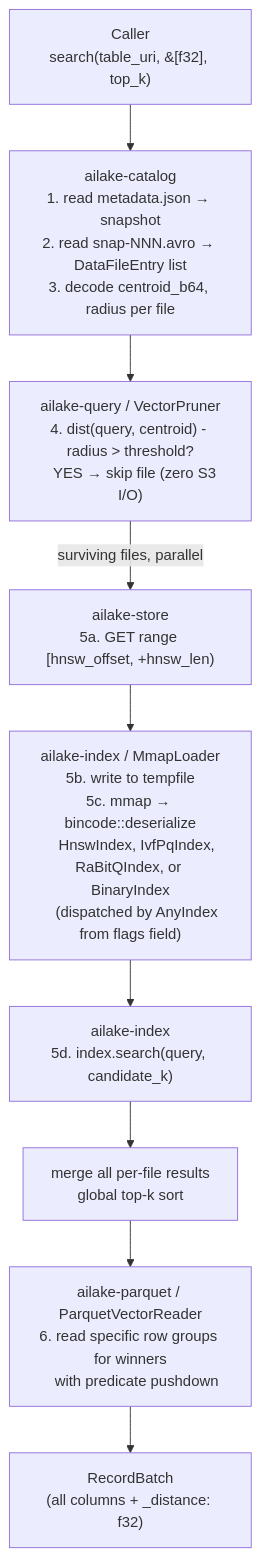
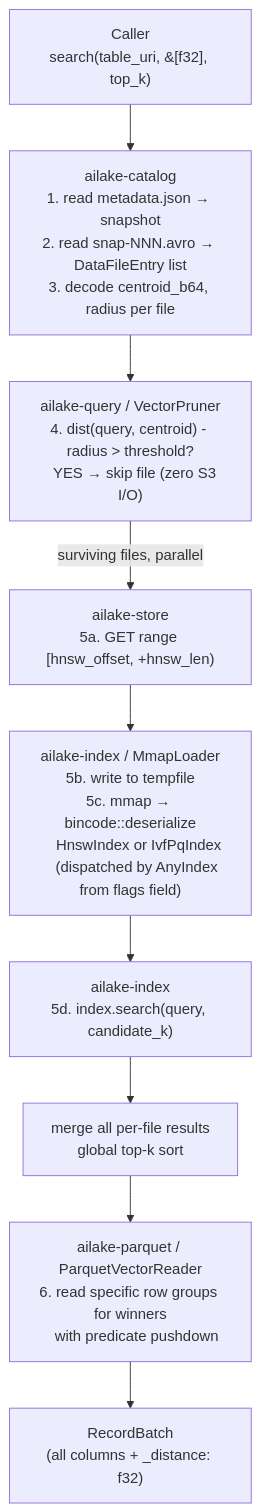
One commit to ailake-io/ai-lakehouse changed the second of 3 diagrams in docs/architecture/DATA_FLOW.md. Above: the diagram before and after it, drawn with Mermaid. The commit also changed other lines of this file and 10 other files, not shown here.

First line of the commit message:
docs: remove RaBitQ and Binary Hamming from all documentation (v0.0.14)

````diff
--- a/docs/architecture/DATA_FLOW.md
+++ b/docs/architecture/DATA_FLOW.md
@@ -214,16 +131,16 @@
 ```mermaid
 flowchart TD
     C["Caller\nsearch(table_uri, &[f32], top_k)"]
     CAT["ailake-catalog\n1. read metadata.json → snapshot\n2. read snap-NNN.avro → DataFileEntry list\n3. decode centroid_b64, radius per file"]
     PRUNE["ailake-query / VectorPruner\n4. dist(query, centroid) - radius > threshold?\n   YES → skip file (zero S3 I/O)"]
     STORE["ailake-store\n5a. GET range [hnsw_offset, +hnsw_len)"]
-    MMAP["ailake-index / MmapLoader\n5b. write to tempfile\n5c. mmap → bincode::deserialize\n    HnswIndex, IvfPqIndex, RaBitQIndex, or BinaryIndex\n    (dispatched by AnyIndex from flags field)"]
+    MMAP["ailake-index / MmapLoader\n5b. write to tempfile\n5c. mmap → bincode::deserialize\n    HnswIndex or IvfPqIndex\n    (dispatched by AnyIndex from flags field)"]
     SEARCH["ailake-index\n5d. index.search(query, candidate_k)"]
     MERGE["merge all per-file results\nglobal top-k sort"]
     FETCH["ailake-parquet / ParquetVectorReader\n6. read specific row groups for winners\n   with predicate pushdown"]
     OUT["RecordBatch\n(all columns + _distance: f32)"]
 
     C --> CAT --> PRUNE
     PRUNE -->|surviving files, parallel| STORE --> MMAP --> SEARCH --> MERGE
     MERGE --> FETCH --> OUT
 ```
````
